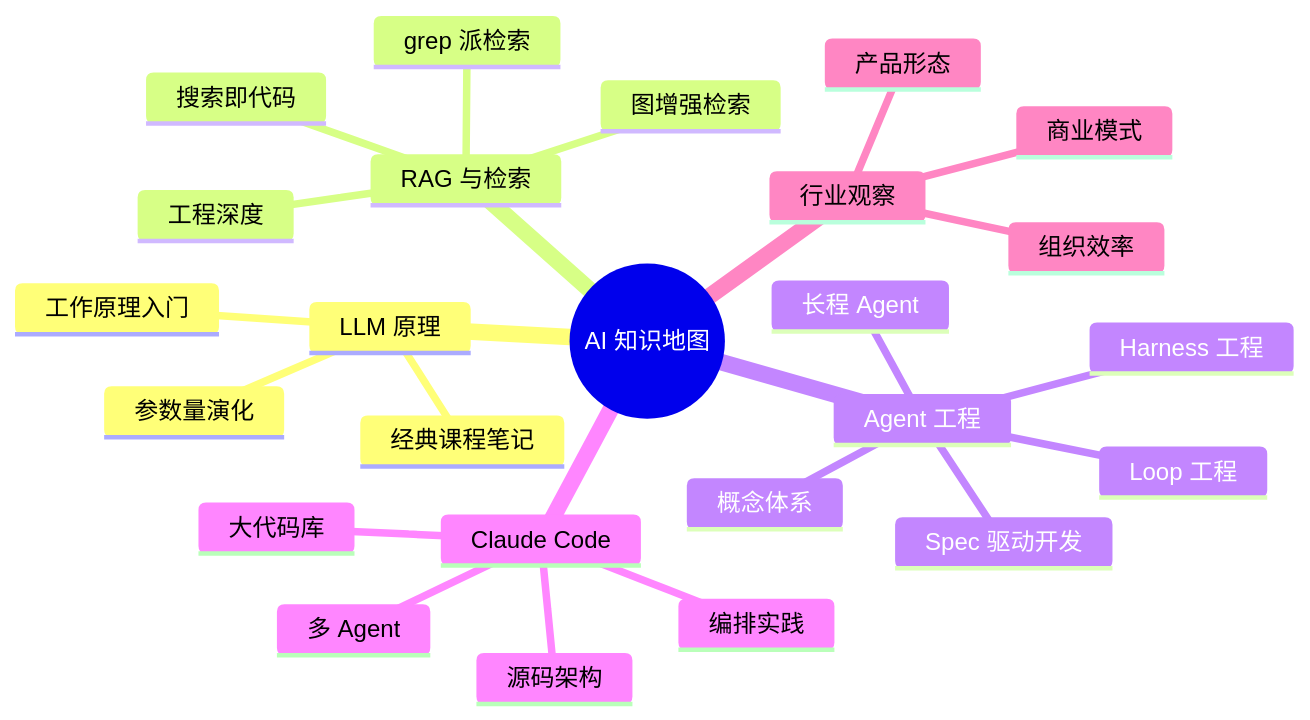
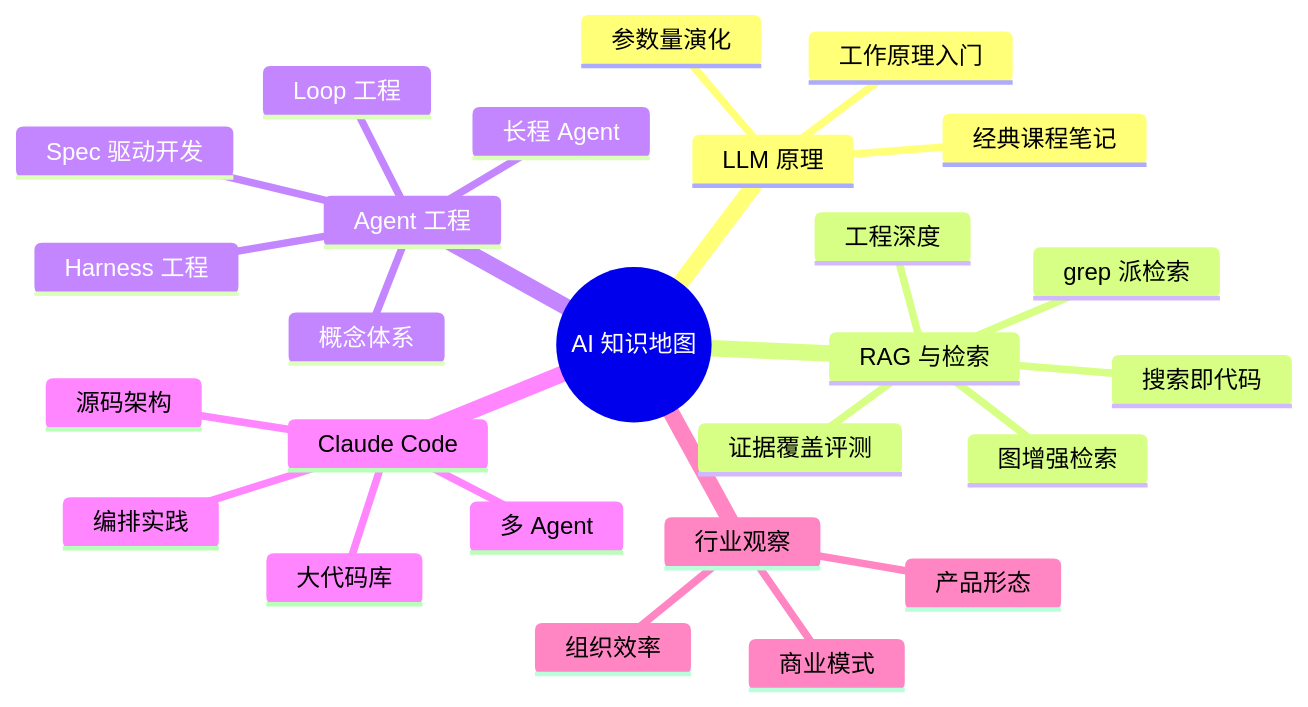
Before and after one commit to puppylpg/puppylpg.github.io: the diagram in _wiki/ai-llm-agent.md, drawn with Mermaid. The commit also changed other lines of this file and 1 other file, not shown here.

````diff
--- a/_wiki/ai-llm-agent.md
+++ b/_wiki/ai-llm-agent.md
@@ -25,28 +25,29 @@
 ```mermaid
 mindmap
   root((AI 知识地图))
     LLM 原理
       工作原理入门
       参数量演化
       经典课程笔记
     RAG 与检索
       工程深度
       图增强检索
       grep 派检索
       搜索即代码
+      证据覆盖评测
     Agent 工程
       概念体系
       Harness 工程
       Loop 工程
       长程 Agent
       Spec 驱动开发
     Claude Code
       源码架构
       多 Agent
       大代码库
       编排实践
     行业观察
       产品形态
       商业模式
       组织效率
 ```
````
